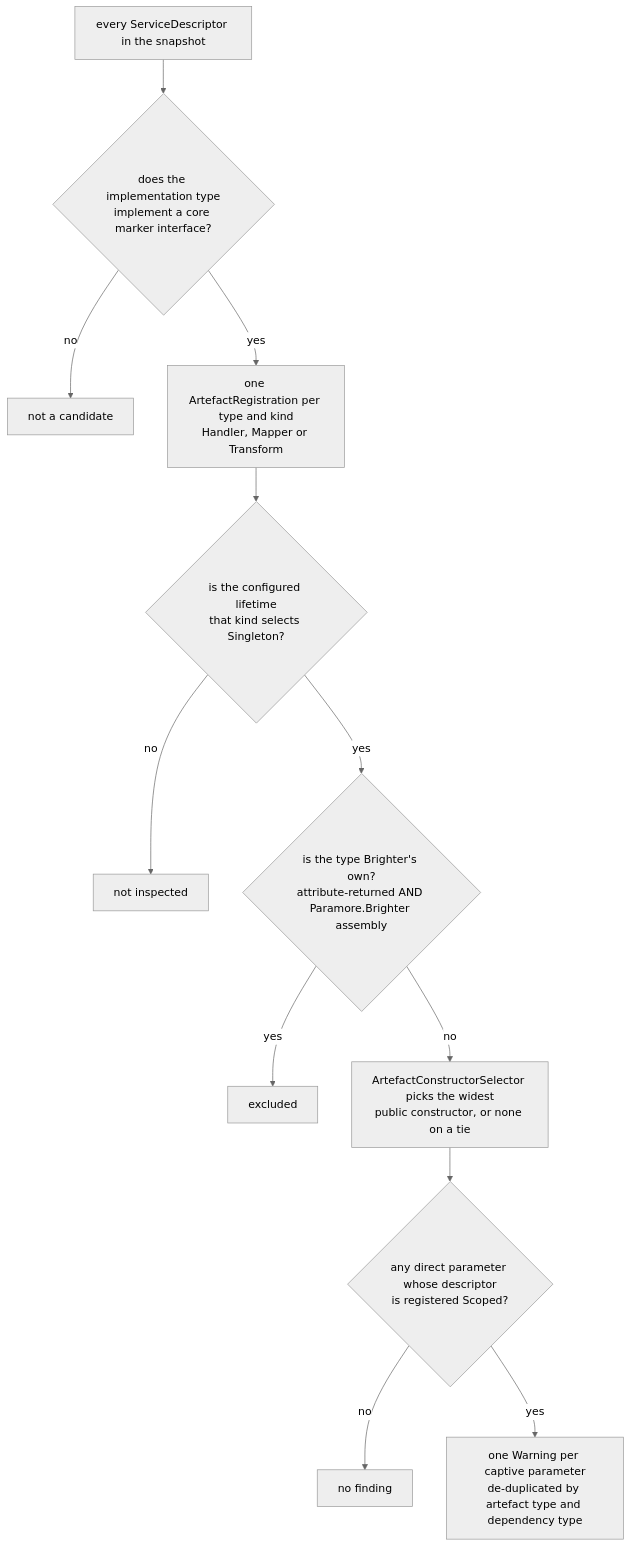
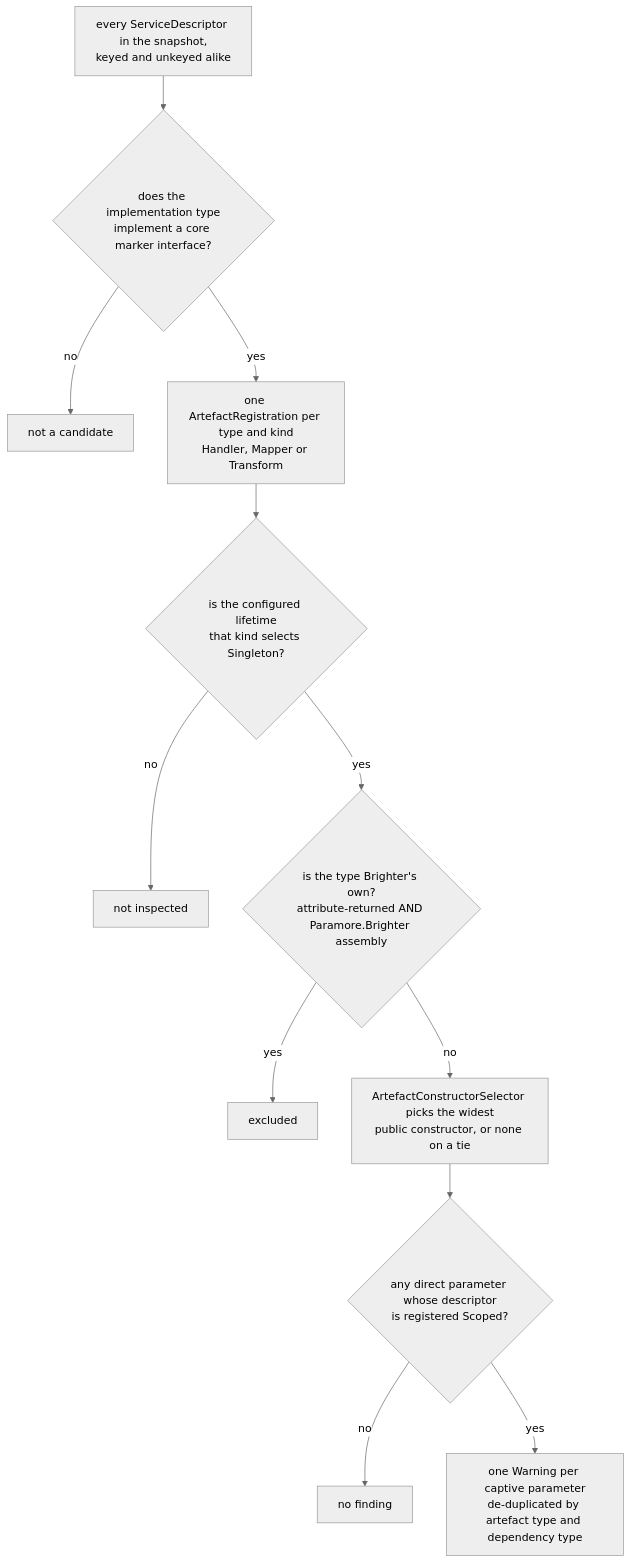
Before and after one commit to BrighterCommand/Brighter: the fourth of 4 diagrams in docs/adr/0074-lifetime-validation-evaluation-site.md, drawn with Mermaid (neutral theme). The commit also changed other lines of this file and 9 other files, not shown here.

````diff
--- a/docs/adr/0074-lifetime-validation-evaluation-site.md
+++ b/docs/adr/0074-lifetime-validation-evaluation-site.md
@@ -468,14 +483,14 @@
 ```mermaid
 flowchart TB
-    d["every ServiceDescriptor in the snapshot"] --> k{"does the implementation type<br/>implement a core marker interface?"}
+    d["every ServiceDescriptor in the snapshot,<br/>keyed and unkeyed alike"] --> k{"does the implementation type<br/>implement a core marker interface?"}
     k -- "no" --> skip1["not a candidate"]
     k -- "yes" --> reg["one ArtefactRegistration per type and kind<br/>Handler, Mapper or Transform"]
     reg --> gov{"is the configured lifetime<br/>that kind selects Singleton?"}
     gov -- "no" --> skip2["not inspected"]
     gov -- "yes" --> excl{"is the type Brighter's own?<br/>attribute-returned AND Paramore.Brighter assembly"}
     excl -- "yes" --> skip3["excluded"]
     excl -- "no" --> ctor["ArtefactConstructorSelector picks the widest<br/>public constructor, or none on a tie"]
     ctor --> parm{"any direct parameter whose descriptor<br/>is registered Scoped?"}
     parm -- "no" --> ok["no finding"]
     parm -- "yes" --> warn["one Warning per captive parameter<br/>de-duplicated by artefact type and dependency type"]
 ```
````
